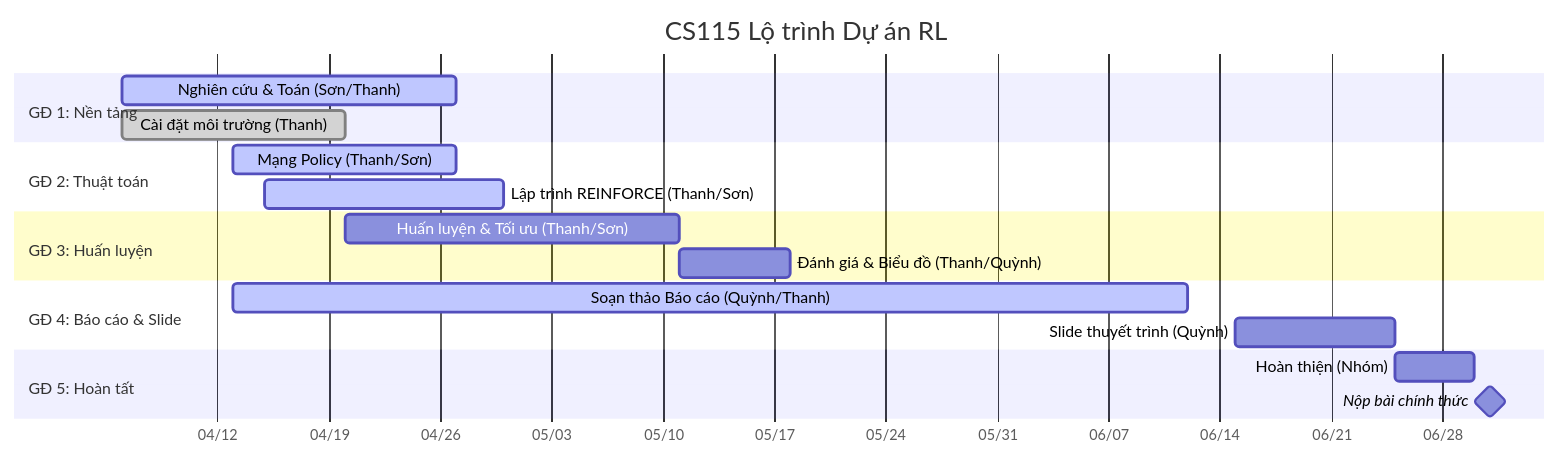
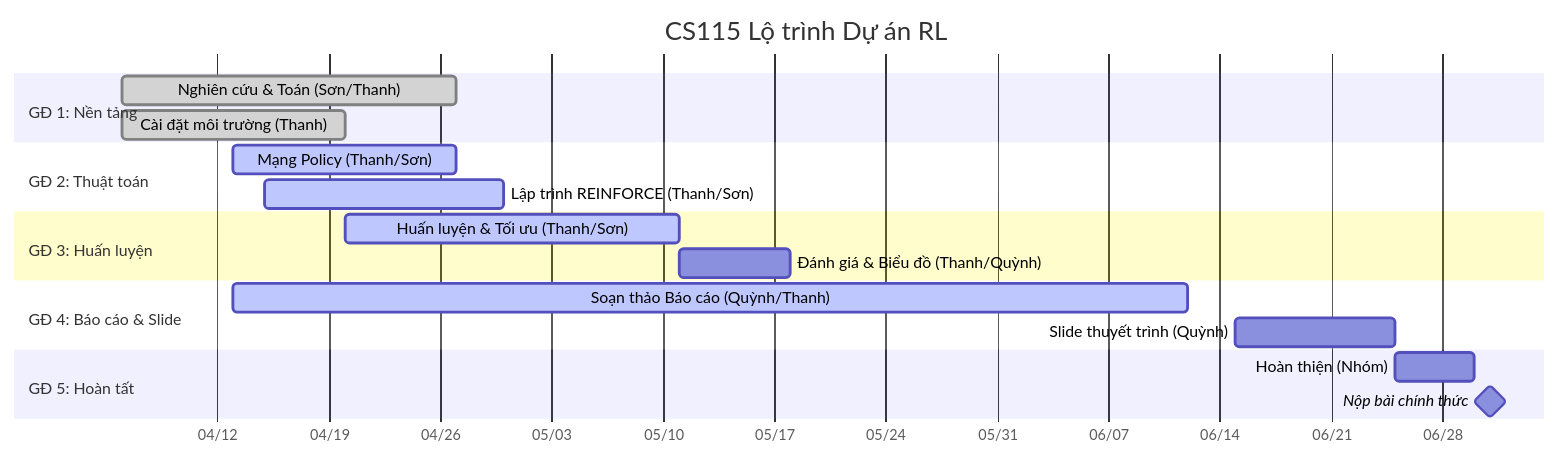
Before and after one commit to uit-25730067-chithanh/CS115-Team05-PG: the diagram in docs/project-roadmap.md, drawn with Mermaid. The commit also changed other lines of this file and 4 other files, not shown here.

````diff
--- a/docs/project-roadmap.md
+++ b/docs/project-roadmap.md
@@ -7,27 +7,27 @@
 ```mermaid
 gantt
     title CS115 Lộ trình Dự án RL
     dateFormat  YYYY-MM-DD
     tickInterval 1w
     axisFormat  %m/%d
 
     section GĐ 1: Nền tảng
-    Nghiên cứu & Toán (Sơn/Thanh)     :active, des1, 2026-04-06, 21d
+    Nghiên cứu & Toán (Sơn/Thanh)     :done, des1, 2026-04-06, 21d
     Cài đặt môi trường (Thanh)        :done, des2, 2026-04-06, 14d
 
     section GĐ 2: Thuật toán
     Mạng Policy (Thanh/Sơn)           :active, des3, 2026-04-13, 14d
     Lập trình REINFORCE (Thanh/Sơn)   :active, des4, 2026-04-15, 15d
 
     section GĐ 3: Huấn luyện
-    Huấn luyện & Tối ưu (Thanh/Sơn)   :des5, 2026-04-20, 21d
+    Huấn luyện & Tối ưu (Thanh/Sơn)   :active, des5, 2026-04-20, 21d
     Đánh giá & Biểu đồ (Thanh/Quỳnh)  :des6, 2026-05-11, 7d
 
     section GĐ 4: Báo cáo & Slide
     Soạn thảo Báo cáo (Quỳnh/Thanh)   :active, des7, 2026-04-13, 60d
     Slide thuyết trình (Quỳnh)        :des8, 2026-06-15, 10d
 
     section GĐ 5: Hoàn tất
     Hoàn thiện (Nhóm)                 :des9, 2026-06-25, 5d
     Nộp bài chính thức                :milestone, des10, 2026-07-01, 0d
 ```
````
